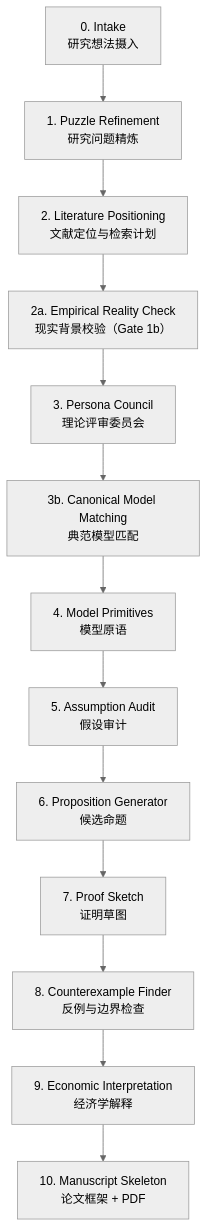
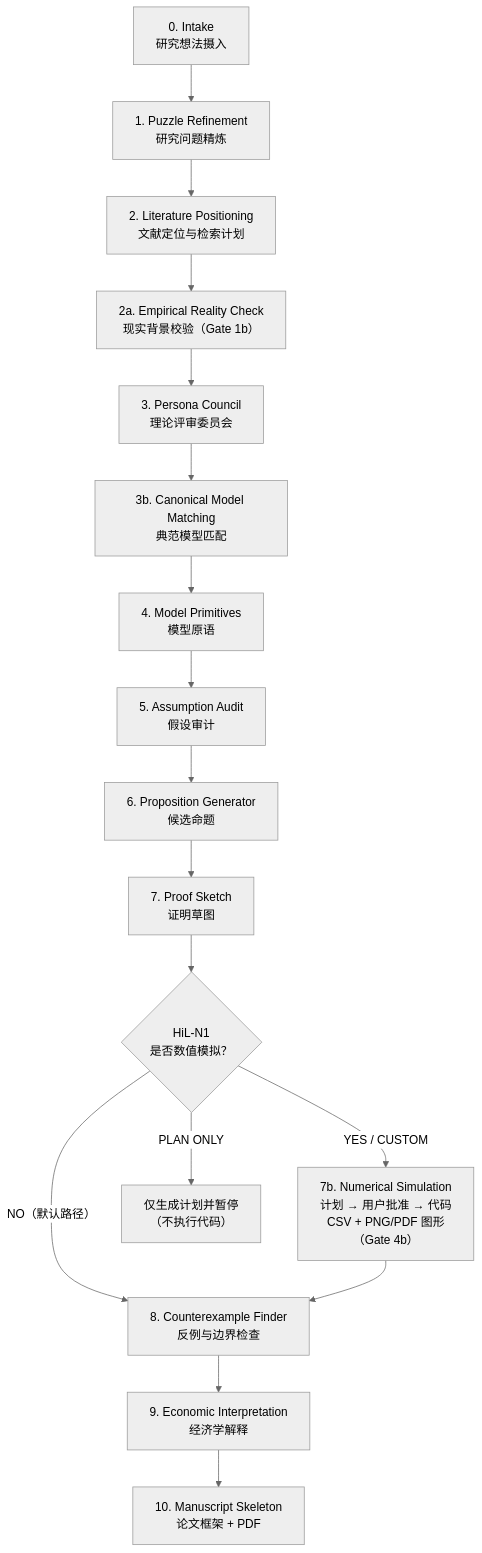
Before and after one commit to maxwell2732/pAI-Econ-claude: the diagram in README.md, drawn with Mermaid (neutral theme). The commit also changed other lines of this file and 10 other files, not shown here.

First line of the commit message:
Add Stage 7b numerical simulation module (v1.2.0)

````diff
--- a/README.md
+++ b/README.md
@@ -299,15 +325,19 @@
 ```mermaid
 flowchart TD
     A["0. Intake<br/>研究想法摄入"] --> B["1. Puzzle Refinement<br/>研究问题精炼"]
     B --> C["2. Literature Positioning<br/>文献定位与检索计划"]
     C --> C2["2a. Empirical Reality Check<br/>现实背景校验（Gate 1b）"]
     C2 --> D["3. Persona Council<br/>理论评审委员会"]
     D --> E["3b. Canonical Model Matching<br/>典范模型匹配"]
     E --> F["4. Model Primitives<br/>模型原语"]
     F --> G["5. Assumption Audit<br/>假设审计"]
     G --> H["6. Proposition Generator<br/>候选命题"]
     H --> I["7. Proof Sketch<br/>证明草图"]
-    I --> J["8. Counterexample Finder<br/>反例与边界检查"]
+    I --> N1{"HiL-N1<br/>是否数值模拟？"}
+    N1 -- "NO（默认路径）" --> J["8. Counterexample Finder<br/>反例与边界检查"]
+    N1 -- "YES / CUSTOM" --> N2["7b. Numerical Simulation<br/>计划 → 用户批准 → 代码<br/>CSV + PNG/PDF 图形<br/>（Gate 4b）"]
+    N1 -- "PLAN ONLY" --> NP["仅生成计划并暂停<br/>（不执行代码）"]
+    N2 --> J
     J --> K["9. Economic Interpretation<br/>经济学解释"]
     K --> L["10. Manuscript Skeleton<br/>论文框架 + PDF"]
 ```
````
